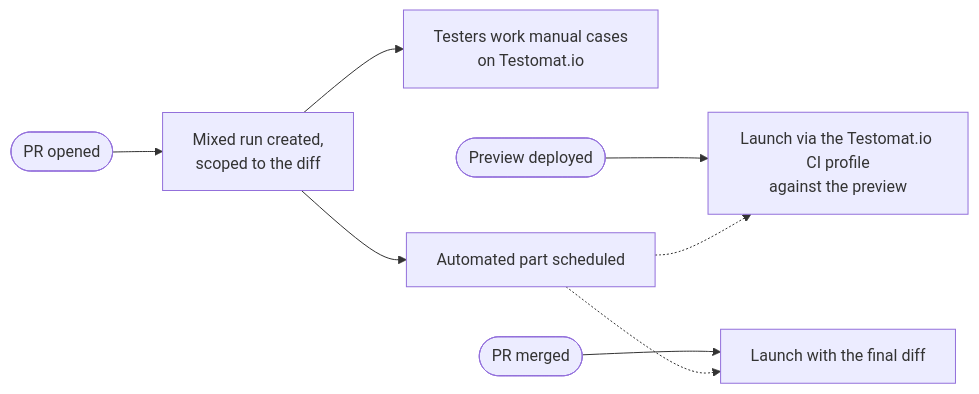
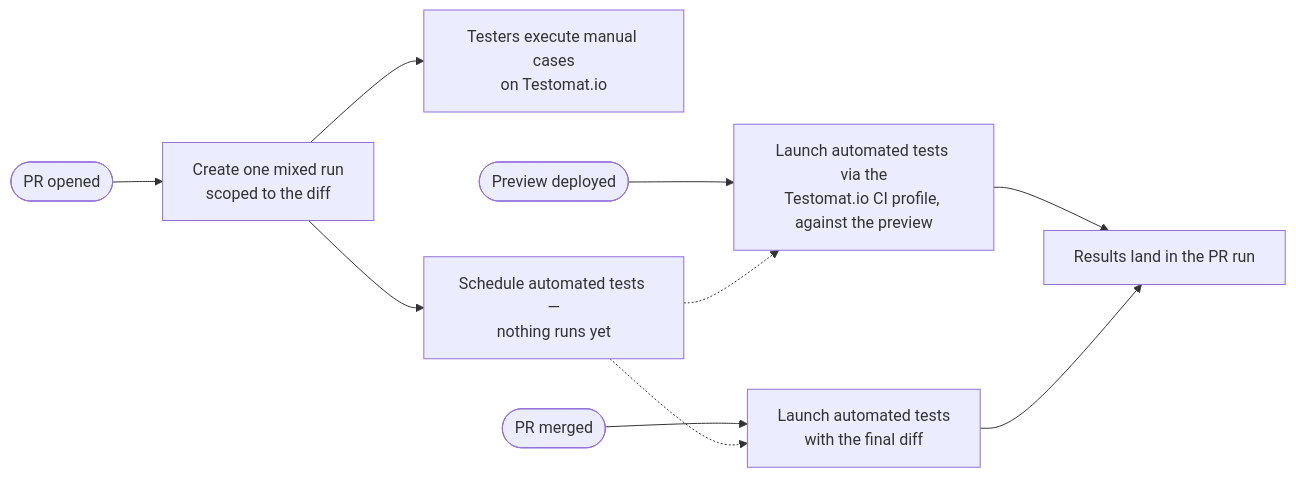
The second of 2 diagrams in skills/setup-pr-testing/SKILL.md (testomatio/skills), drawn with Mermaid before and after one commit. The commit also changed other lines of this file, not shown here.

First line of the commit message:
Diagram clarity rules: verb-first blocks, outcome endings, inventory vs scope

````diff
--- a/skills/setup-pr-testing/SKILL.md
+++ b/skills/setup-pr-testing/SKILL.md
@@ -114,10 +123,12 @@
 ```mermaid
 flowchart LR
-    PR([PR opened]) --> RUN[Mixed run created,<br/>scoped to the diff]
-    RUN --> TESTERS[Testers work manual cases<br/>on Testomat.io]
-    RUN --> SCHED[Automated part scheduled]
-    PREV([Preview deployed]) --> L1[Launch via the Testomat.io CI profile<br/>against the preview]
-    MERGE([PR merged]) --> L2[Launch with the final diff]
+    PR([PR opened]) --> RUN[Create one mixed run<br/>scoped to the diff]
+    RUN --> TESTERS[Testers execute manual cases<br/>on Testomat.io]
+    RUN --> SCHED[Schedule automated tests —<br/>nothing runs yet]
+    PREV([Preview deployed]) --> L1[Launch automated tests via the<br/>Testomat.io CI profile, against the preview]
+    MERGE([PR merged]) --> L2[Launch automated tests<br/>with the final diff]
     SCHED -.-> L1
     SCHED -.-> L2
+    L1 --> RES[Results land in the PR run]
+    L2 --> RES
 ```
````
